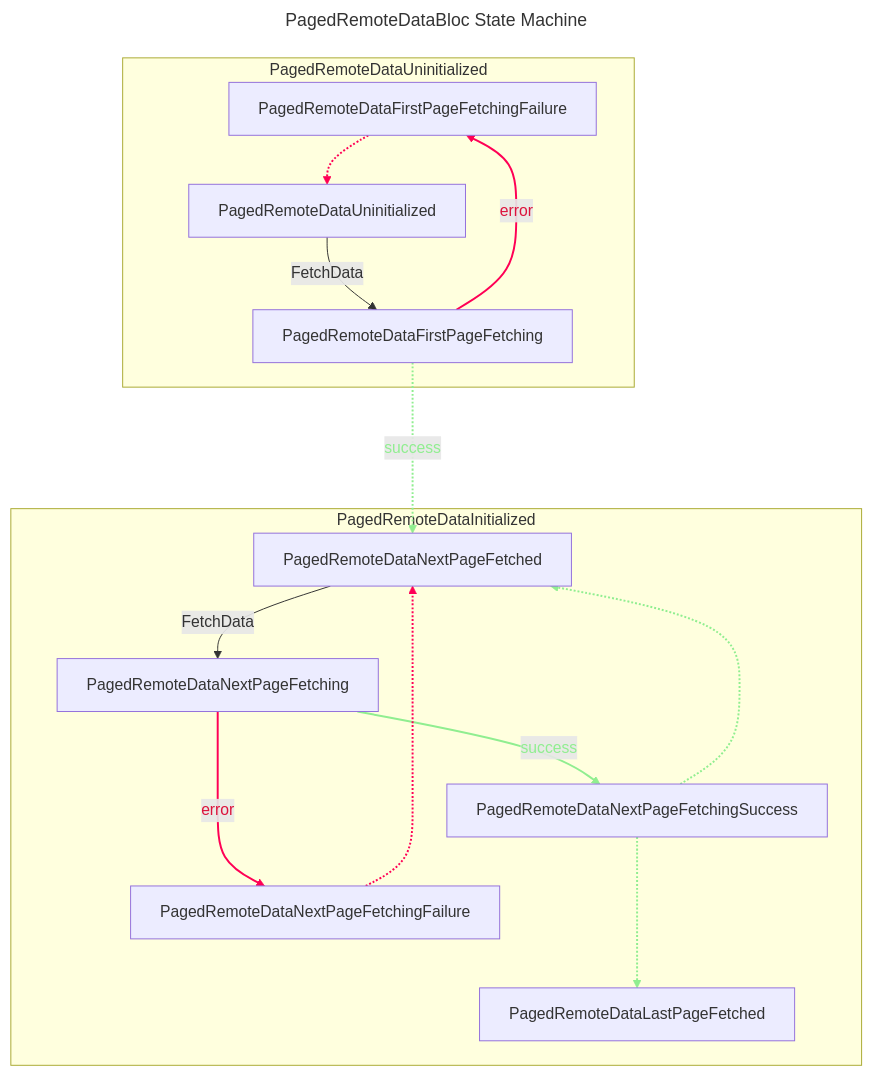
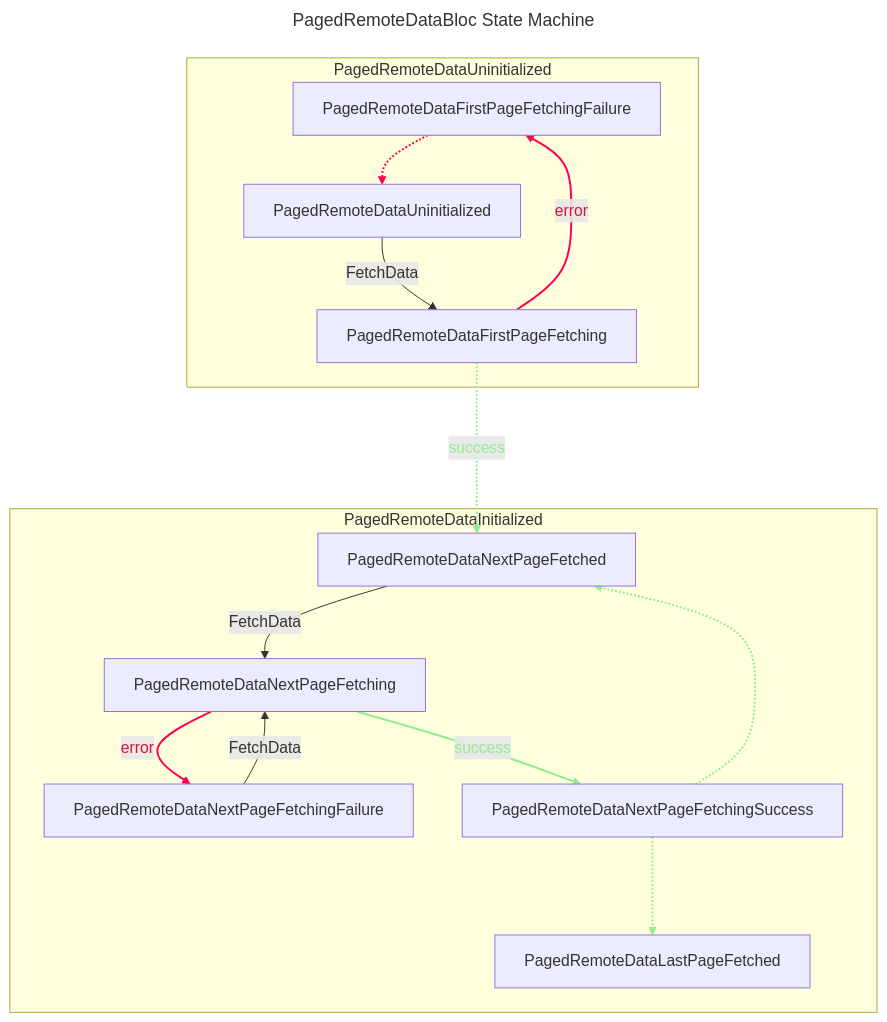
Before and after one commit to Avila-Tek/flutter_common_lib: the third of 4 diagrams in packages/avilatek_bloc/README.md, drawn with Mermaid. The commit also changed 79 other files, not shown here.

````diff
--- a/packages/avilatek_bloc/README.md
+++ b/packages/avilatek_bloc/README.md
@@ -95,24 +95,24 @@
 ```mermaid
 ---
 title: PagedRemoteDataBloc State Machine
 ---
 
     graph TB;
         
         subgraph PagedRemoteDataUninitialized
             D -.-> A;
             B -- "error" --> D[PagedRemoteDataFirstPageFetchingFailure];
             A[PagedRemoteDataUninitialized] -- FetchData --> B[PagedRemoteDataFirstPageFetching];
         end
         subgraph PagedRemoteDataInitialized
             B -. "success" ..-> E[PagedRemoteDataNextPageFetched];
             E -- FetchData --> F[PagedRemoteDataNextPageFetching];
             F -- "error" --> G[PagedRemoteDataNextPageFetchingFailure];
             F -- "success" --> H[PagedRemoteDataNextPageFetchingSuccess];
             H -..-> I[PagedRemoteDataLastPageFetched];
-            G -...-> E;
+            G -- FetchData --> F;
             H -.-> E;
         end
-        linkStyle 0,1,5,8 stroke:#f05,stroke-width:2px,color:crimson;
+        linkStyle 0,1,5 stroke:#f05,stroke-width:2px,color:crimson;
         linkStyle 3,6,7,9 stroke:lightgreen,stroke-width:2px,color:lightgreen;
 ```
````
